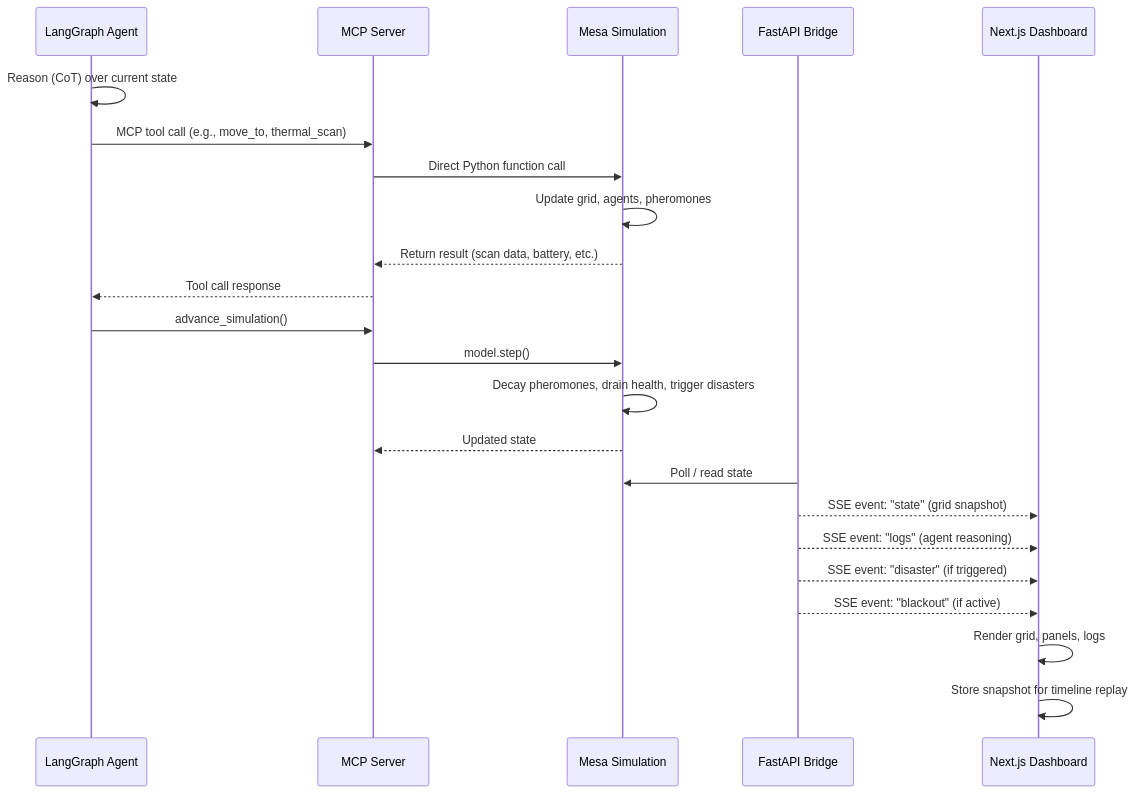
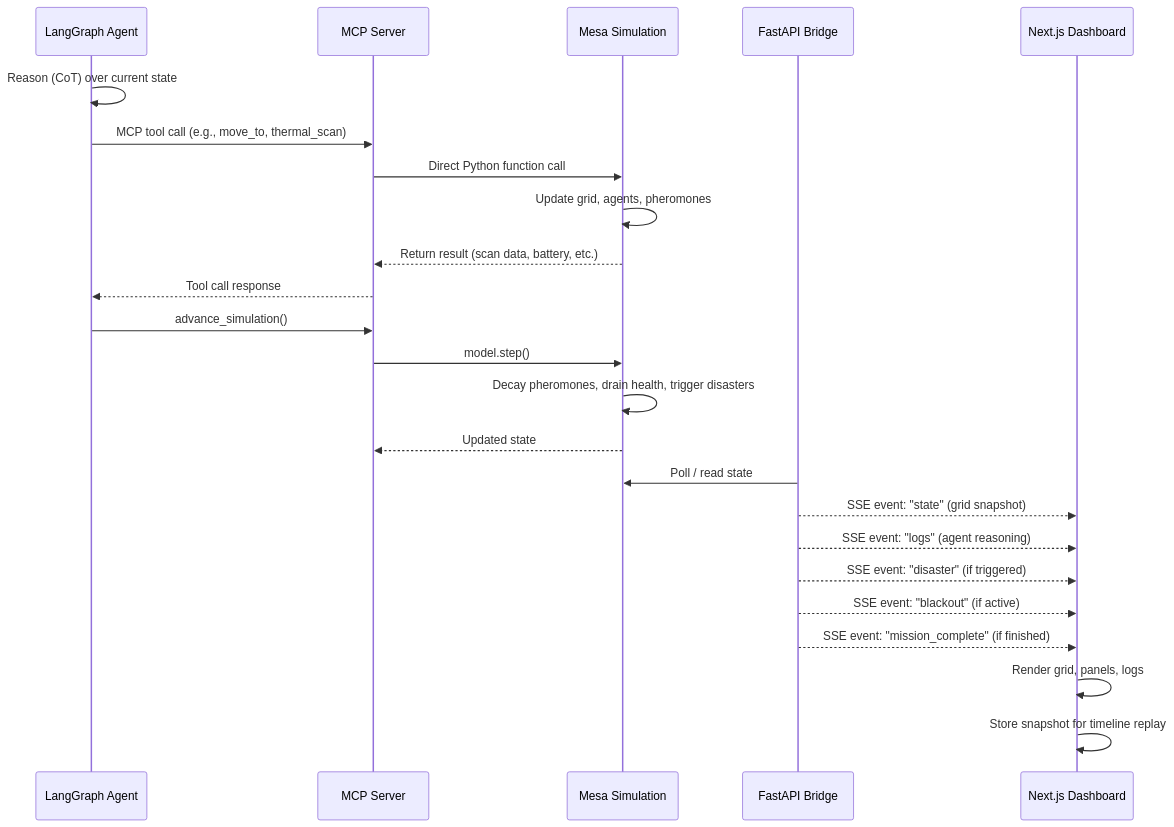
The sixth of 10 diagrams in architecture.md (Andersonnn7788/drone-agents), drawn with Mermaid before and after one commit. The commit also changed other lines of this file and 27 other files, not shown here.

````diff
--- a/architecture.md
+++ b/architecture.md
@@ -229,29 +232,30 @@
 ```mermaid
 sequenceDiagram
     participant Agent as LangGraph Agent
     participant MCP as MCP Server
     participant Mesa as Mesa Simulation
     participant API as FastAPI Bridge
     participant UI as Next.js Dashboard
 
     Agent->>Agent: Reason (CoT) over current state
     Agent->>MCP: MCP tool call (e.g., move_to, thermal_scan)
     MCP->>Mesa: Direct Python function call
     Mesa->>Mesa: Update grid, agents, pheromones
     Mesa-->>MCP: Return result (scan data, battery, etc.)
     MCP-->>Agent: Tool call response
 
     Agent->>MCP: advance_simulation()
     MCP->>Mesa: model.step()
     Mesa->>Mesa: Decay pheromones, drain health, trigger disasters
     Mesa-->>MCP: Updated state
 
     API->>Mesa: Poll / read state
     API-->>UI: SSE event: "state" (grid snapshot)
     API-->>UI: SSE event: "logs" (agent reasoning)
     API-->>UI: SSE event: "disaster" (if triggered)
     API-->>UI: SSE event: "blackout" (if active)
+    API-->>UI: SSE event: "mission_complete" (if finished)
 
     UI->>UI: Render grid, panels, logs
     UI->>UI: Store snapshot for timeline replay
 ```
````
